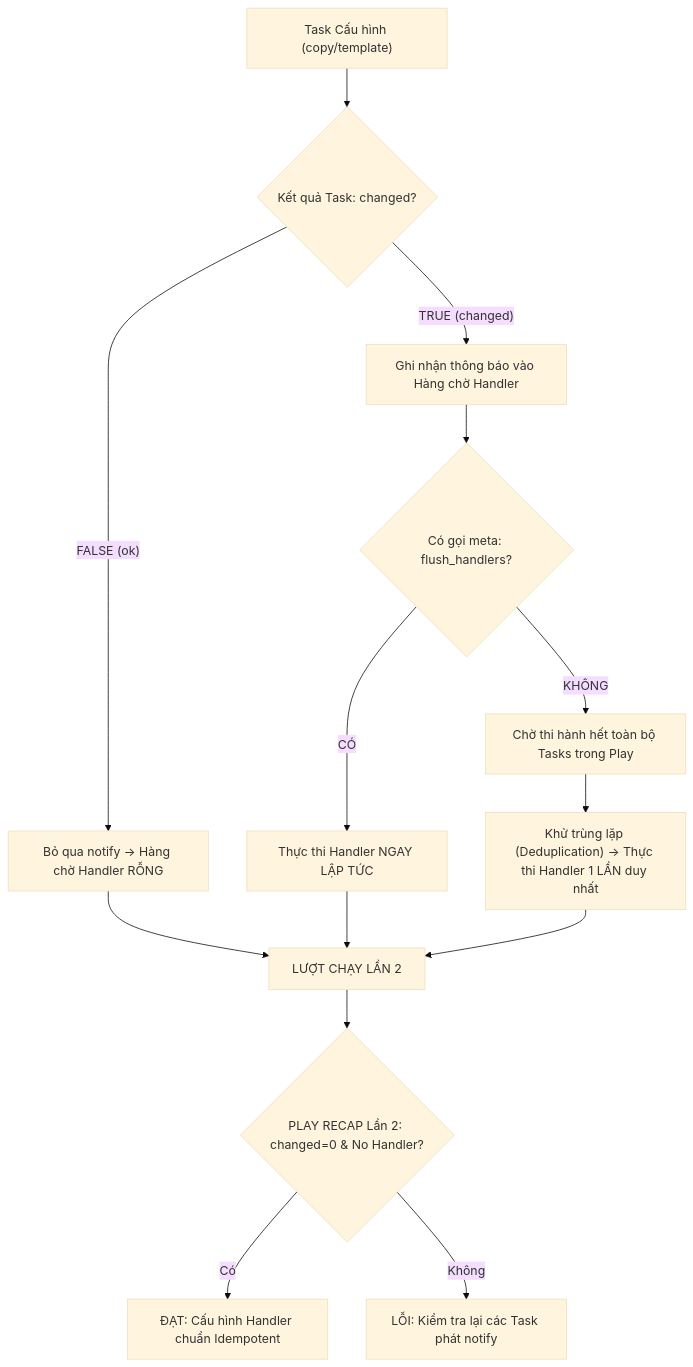
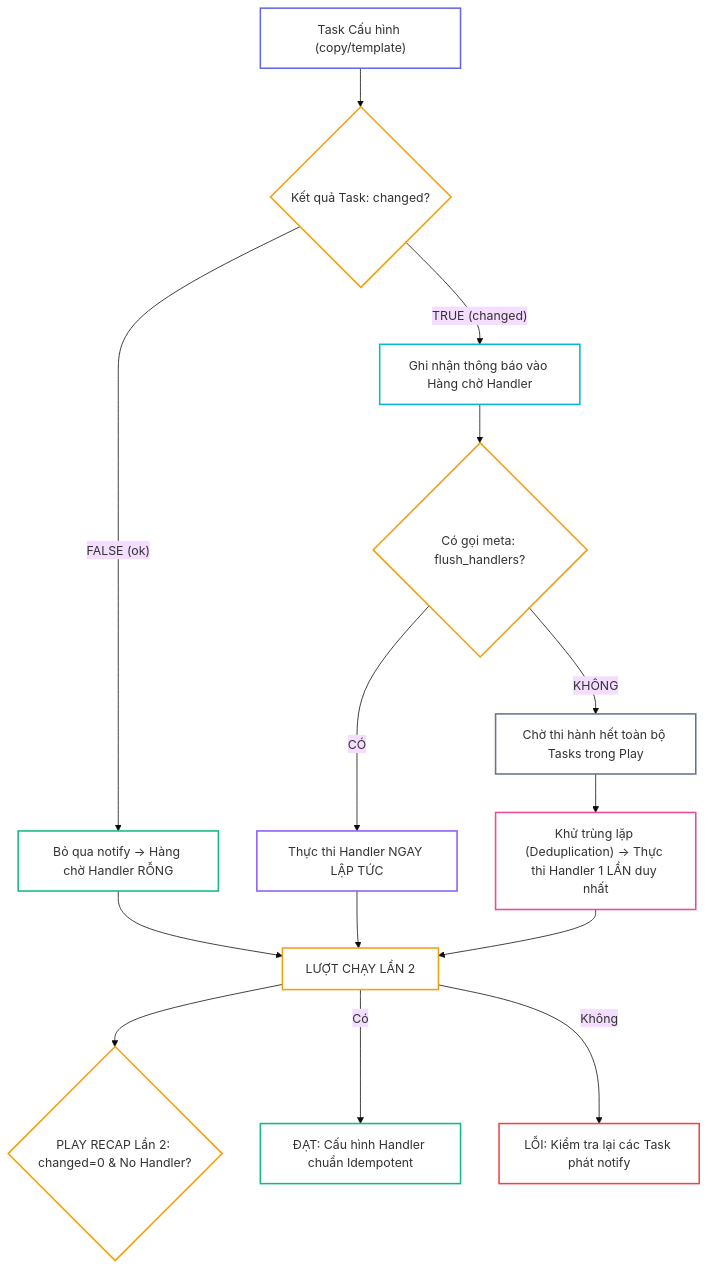
One commit to kiennt308/ntk changed the second of 3 diagrams in _posts/2026-09-13-ansible-11-11-handlers-notify.md. Above: the diagram before and after it, drawn with Mermaid (base theme). The commit also changed other lines of this file and 30 other files, not shown here.

````diff
--- a/_posts/2026-09-13-ansible-11-11-handlers-notify.md
+++ b/_posts/2026-09-13-ansible-11-11-handlers-notify.md
@@ -347,17 +353,30 @@
 ```mermaid
 flowchart TD
     A["Task Cấu hình (copy/template)"] --> B{"Kết quả Task: changed?"}
     B -->|"FALSE (ok)"| C["Bỏ qua notify -> Hàng chờ Handler RỖNG"]
     B -->|"TRUE (changed)"| D["Ghi nhận thông báo vào Hàng chờ Handler"]
     
     D --> E{"Có gọi meta: flush_handlers?"}
     E -->|"CÓ"| F["Thực thi Handler NGAY LẬP TỨC"]
     E -->|"KHÔNG"| G["Chờ thi hành hết toàn bộ Tasks trong Play"]
     
     G --> H["Khử trùng lặp (Deduplication) -> Thực thi Handler 1 LẦN duy nhất"]
     
     C & F & H --> I["LƯỢT CHẠY LẦN 2"]
     I --> J{"PLAY RECAP Lần 2: changed=0 & No Handler?"}
-    J -- Có --> K["ĐẠT: Cấu hình Handler chuẩn Idempotent"]
-    J -- Không --> L["LỖI: Kiểm tra lại các Task phát notify"]
+    I -->|"Có"| K["ĐẠT: Cấu hình Handler chuẩn Idempotent"]
+    I -->|"Không"| L["LỖI: Kiểm tra lại các Task phát notify"]
+
+    style A fill:none,stroke:#6366f1,stroke-width:2px
+    style B fill:none,stroke:#f59e0b,stroke-width:2px
+    style C fill:none,stroke:#10b981,stroke-width:2px
+    style D fill:none,stroke:#06b6d4,stroke-width:2px
+    style E fill:none,stroke:#f59e0b,stroke-width:2px
+    style F fill:none,stroke:#8b5cf6,stroke-width:2px
+    style G fill:none,stroke:#64748b,stroke-width:2px
+    style H fill:none,stroke:#ec4899,stroke-width:2px
+    style I fill:none,stroke:#f59e0b,stroke-width:2px
+    style J fill:none,stroke:#f59e0b,stroke-width:2px
+    style K fill:none,stroke:#10b981,stroke-width:2px
+    style L fill:none,stroke:#ef4444,stroke-width:2px
 ```
````
